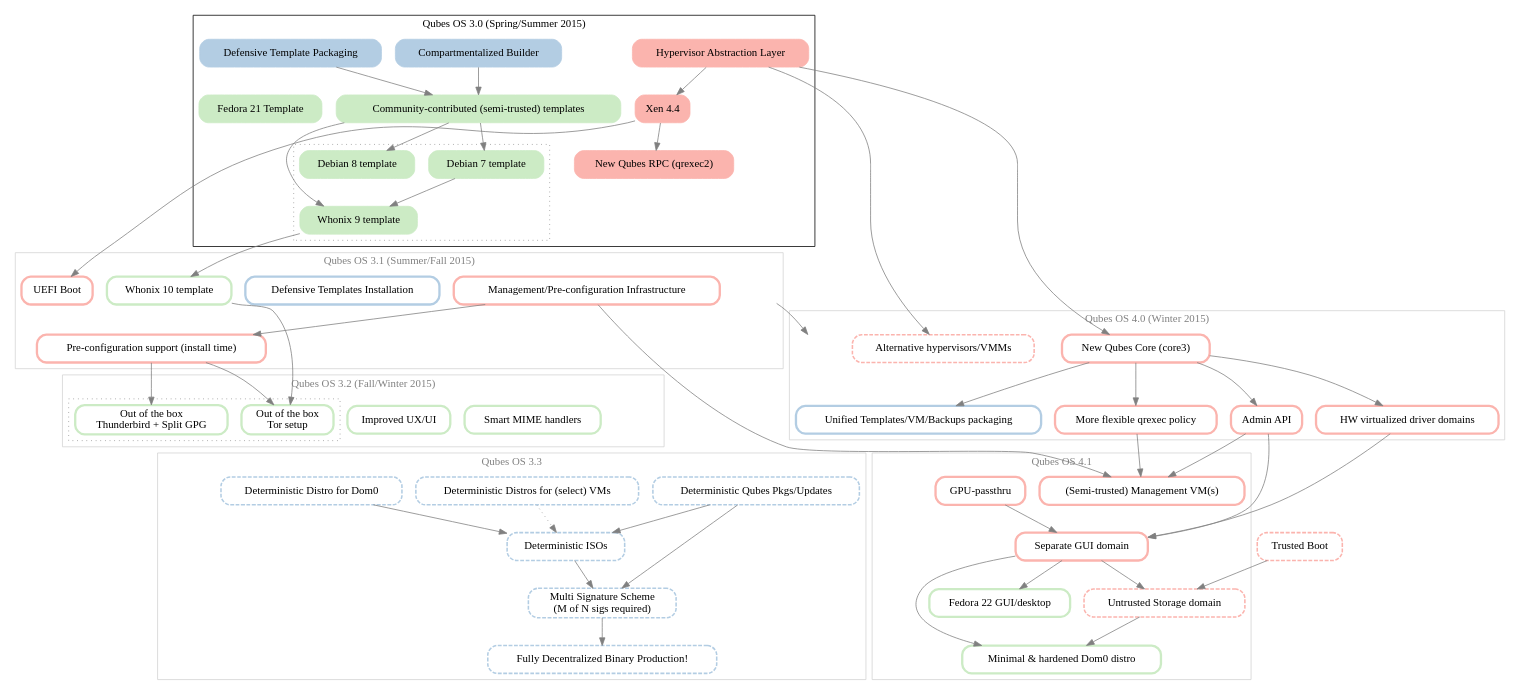
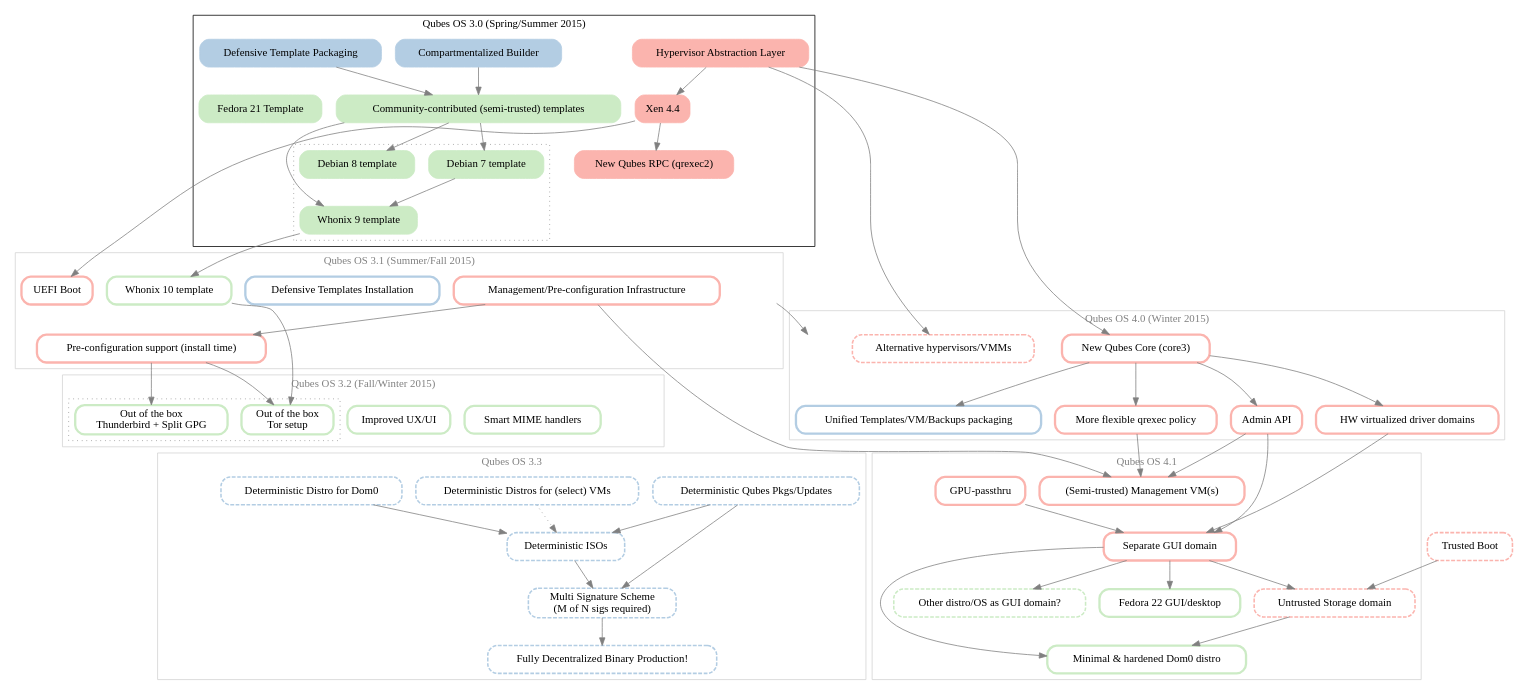
The diagram in roadmap.dot (rootkovska/qubes-roadmap), drawn with Graphviz before and after one commit.

Commit message:
Once we have separate GUI domain, we can also have other OS/distro there...

```diff
--- a/roadmap.dot
+++ b/roadmap.dot
@@ -136,7 +136,6 @@
         gui_fc22 [label="Fedora 22 GUI/desktop"];
         core_GUIdom -> gui_fc22;
 
-
         template_whonix_10 [label="Whonix 10 template"];
         template_whonix_9 -> template_whonix_10;
 
@@ -164,6 +163,8 @@
         node [style="dashed,rounded", penwidth=2];
         core_StorageDom -> dom0_minimal_distro;
 
+        gui_other_distro [label="Other distro/OS as GUI domain?"];
+        core_GUIdom ->gui_other_distro;
 
     }
 
@@ -257,6 +258,7 @@
         core_GPUpassthru;
         core_GUIdom;
         gui_fc22;
+        gui_other_distro;
         core_mgmt_vm;
         core_StorageDom;
         dom0_minimal_distro;
```
